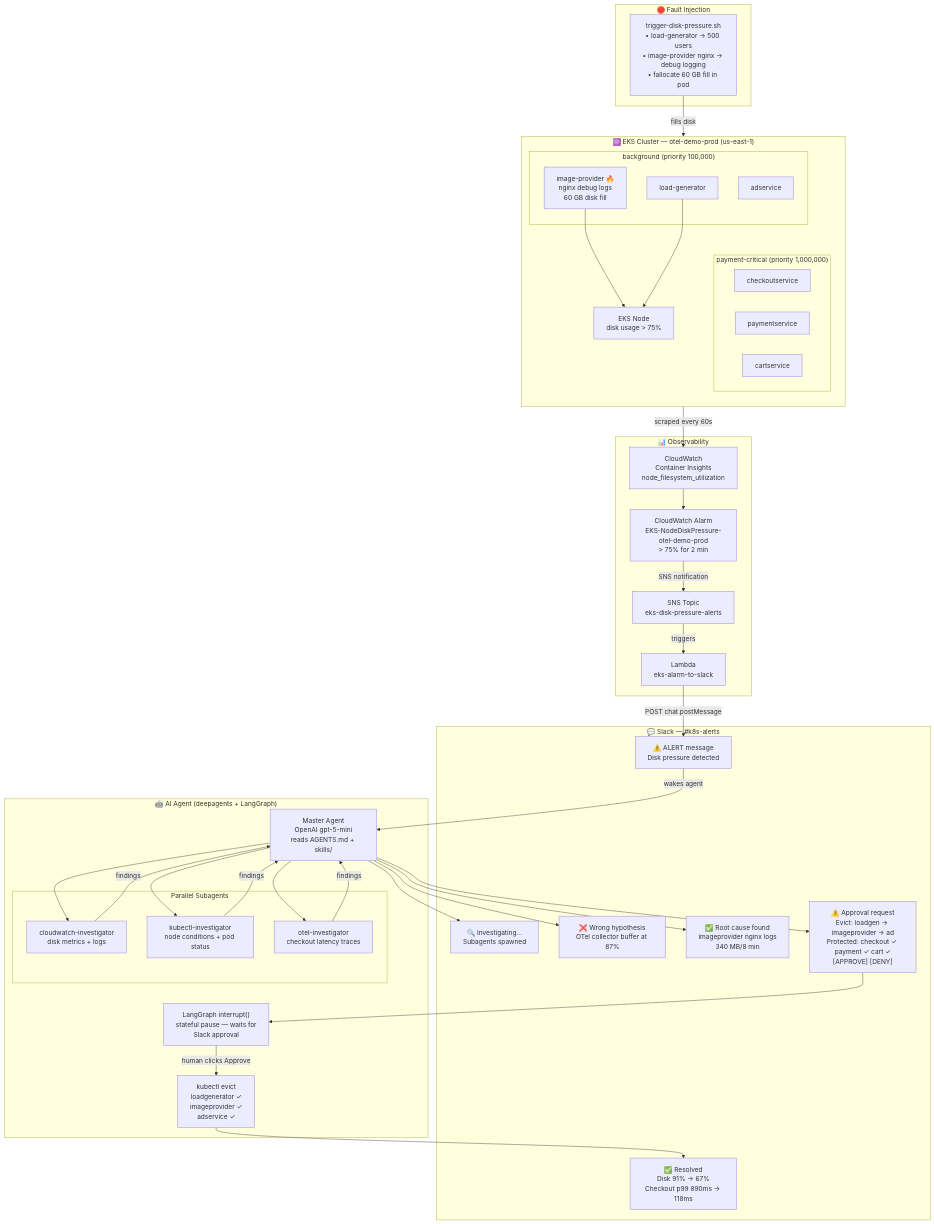
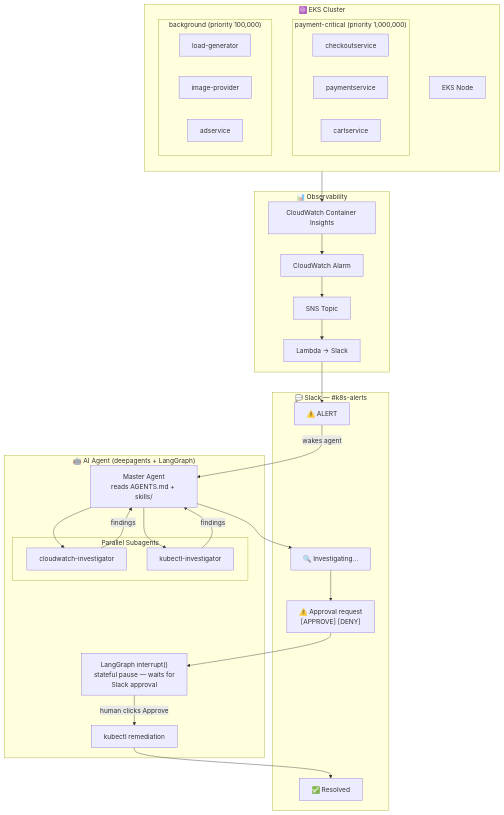
One commit to dipinthomas/k8s-deep-agent changed the diagram in README.md. Above: the diagram before and after it, drawn with Mermaid. The commit also changed other lines of this file and 80 other files, not shown here.

````diff
--- a/README.md
+++ b/README.md
@@ -11,68 +31,48 @@
 ```mermaid
 flowchart TD
-    subgraph INJECT["🔴 Fault Injection"]
-        FI["trigger-disk-pressure.sh\n• load-generator → 500 users\n• image-provider nginx → debug logging\n• fallocate 60 GB fill in pod"]
-    end
-
-    subgraph EKS["☸️ EKS Cluster — otel-demo-prod (us-east-1)"]
+    subgraph EKS["☸️ EKS Cluster"]
         direction TB
         subgraph CRITICAL["payment-critical (priority 1,000,000)"]
             CO["checkoutservice"]
             PA["paymentservice"]
             CA["cartservice"]
         end
         subgraph EVICTABLE["background (priority 100,000)"]
             LG["load-generator"]
-            IP["image-provider 🔥\nnginx debug logs\n60 GB disk fill"]
+            IP["image-provider"]
             AD["adservice"]
         end
-        NODE["EKS Node\ndisk usage > 75%"]
-        IP --> NODE
-        LG --> NODE
+        NODE["EKS Node"]
     end
 
     subgraph OBS["📊 Observability"]
-        CI["CloudWatch\nContainer Insights\nnode_filesystem_utilization"]
-        ALARM["CloudWatch Alarm\nEKS-NodeDiskPressure-otel-demo-prod\n> 75% for 2 min"]
-        SNS["SNS Topic\neks-disk-pressure-alerts"]
-        LAMBDA["Lambda\neks-alarm-to-slack"]
+        CI["CloudWatch Container Insights"]
+        ALARM["CloudWatch Alarm"]
+        SNS["SNS Topic"]
+        LAMBDA["Lambda → Slack"]
     end
 
     subgraph SLACK["💬 Slack — #k8s-alerts"]
-        ALERT["⚠️ ALERT message\nDisk pressure detected"]
-        UPDATE1["🔍 Investigating...\nSubagents spawned"]
-        WRONG["❌ Wrong hypothesis\nOTel collector buffer at 87%"]
-        RIGHT["✅ Root cause found\nimageprovider nginx logs\n340 MB/8 min"]
-        APPROVAL["⚠️ Approval request\nEvict: loadgen → imageprovider → ad\nProtected: checkout ✓ payment ✓ cart ✓\n[APPROVE] [DENY]"]
-        RESOLVED["✅ Resolved\nDisk 91% → 67%\nCheckout p99 890ms → 118ms"]
+        ALERT["⚠️ ALERT"]
+        UPDATE["🔍 Investigating..."]
+        APPROVAL["⚠️ Approval request\n[APPROVE] [DENY]"]
+        RESOLVED["✅ Resolved"]
     end
 
     subgraph AGENT["🤖 AI Agent (deepagents + LangGraph)"]
-        MASTER["Master Agent\nOpenAI gpt-5-mini\nreads AGENTS.md + skills/"]
+        MASTER["Master Agent\nreads AGENTS.md + skills/"]
         subgraph SUBAGENTS["Parallel Subagents"]
-            SA1["cloudwatch-investigator\ndisk metrics + logs"]
-            SA2["kubectl-investigator\nnode conditions + pod status"]
-            SA3["otel-investigator\ncheckout latency traces"]
+            SA1["cloudwatch-investigator"]
+            SA2["kubectl-investigator"]
         end
         INTERRUPT["LangGraph interrupt()\nstateful pause — waits for\nSlack approval"]
-        EVICT["kubectl evict\nloadgenerator ✓\nimageprovider ✓\nadservice ✓"]
+        REMEDIATE["kubectl remediation"]
     end
 
-    FI -->|fills disk| IP
-    NODE -->|scraped every 60s| CI
-    CI --> ALARM
-    ALARM -->|SNS notification| SNS
-    SNS -->|triggers| LAMBDA
-    LAMBDA -->|POST chat.postMessage| ALERT
-
+    NODE --> CI --> ALARM --> SNS --> LAMBDA --> ALERT
     ALERT -->|wakes agent| MASTER
-    MASTER --> UPDATE1
-    MASTER --> SA1 & SA2 & SA3
-    SA1 & SA2 & SA3 -->|findings| MASTER
-    MASTER --> WRONG
-    MASTER --> RIGHT
-    MASTER --> APPROVAL
-    APPROVAL --> INTERRUPT
-    INTERRUPT -->|human clicks Approve| EVICT
-    EVICT --> RESOLVED
+    MASTER --> SA1 & SA2
+    SA1 & SA2 -->|findings| MASTER
+    MASTER --> UPDATE --> APPROVAL --> INTERRUPT
+    INTERRUPT -->|human clicks Approve| REMEDIATE --> RESOLVED
 ```
````
